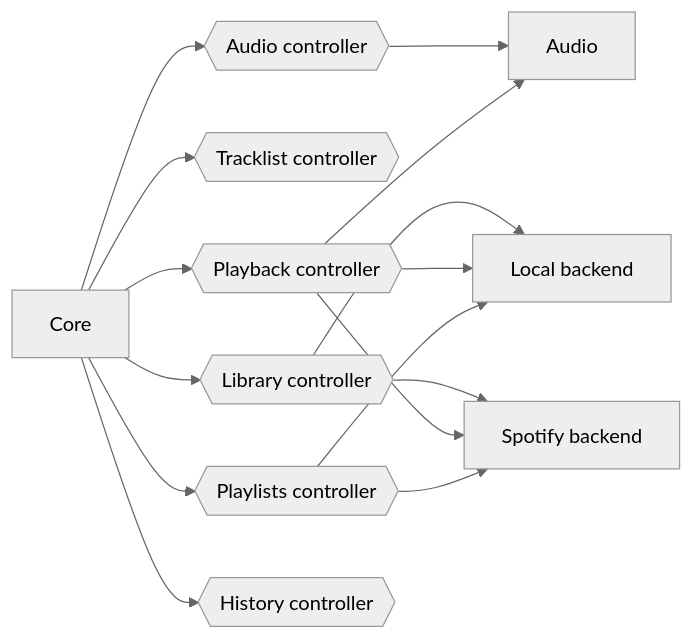
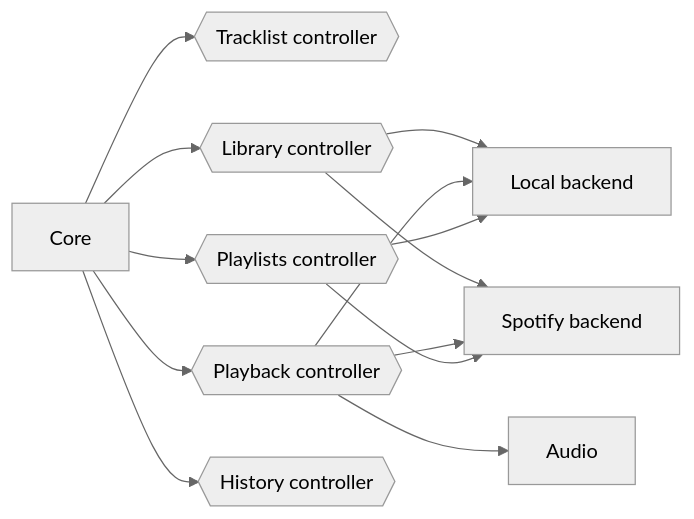
Before and after one commit to FilipVelichkovski/mopidy: the third of 4 diagrams in docs/reference/architecture.md, drawn with Mermaid (neutral theme). The commit also changed other lines of this file and 23 other files, not shown here.

````diff
--- a/docs/reference/architecture.md
+++ b/docs/reference/architecture.md
@@ -48,17 +47,15 @@
 ```mermaid
 graph LR
-  core[Core] --> audio_ctrl{{Audio controller}};
-  core --> tracklist{{Tracklist controller}};
+  core[Core] --> tracklist{{Tracklist controller}};
   core --> library{{Library controller}};
   core --> playback{{Playback controller}};
   core --> playlists{{Playlists controller}};
   core --> history{{History controller}};
-  audio_ctrl --> audio[Audio];
   library --> local[Local backend];
   library --> spotify[Spotify backend];
   playback --> local;
   playback --> spotify;
-  playback --> audio;
+  playback --> audio[Audio];
   playlists --> local;
   playlists --> spotify;
 ```
````
